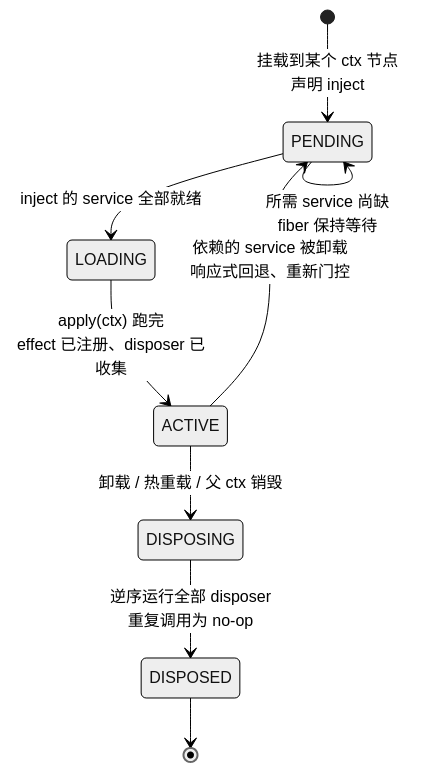
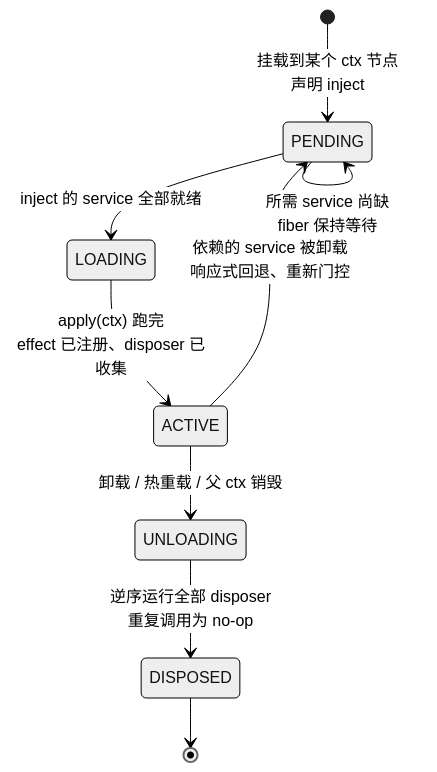
Before and after one commit to xiaonancs/deepseek-harness-deep-dive: the third of 5 diagrams in Part I Principles and Usage/02-一切皆插件与Cordis.md, drawn with Mermaid. The commit also changed other lines of this file and 34 other files, not shown here.

````diff
--- a/Part I Principles and Usage/02-一切皆插件与Cordis.md
+++ b/Part I Principles and Usage/02-一切皆插件与Cordis.md
@@ -113,12 +113,12 @@
 ```mermaid
 %%{init: {'theme':'neutral'}}%%
 stateDiagram-v2
   [*] --> PENDING: 挂载到某个 ctx 节点<br/>声明 inject
   PENDING --> PENDING: 所需 service 尚缺<br/>fiber 保持等待
   PENDING --> LOADING: inject 的 service 全部就绪
   LOADING --> ACTIVE: apply(ctx) 跑完<br/>effect 已注册、disposer 已收集
   ACTIVE --> PENDING: 依赖的 service 被卸载<br/>响应式回退、重新门控
-  ACTIVE --> DISPOSING: 卸载 / 热重载 / 父 ctx 销毁
-  DISPOSING --> DISPOSED: 逆序运行全部 disposer<br/>重复调用为 no-op
+  ACTIVE --> UNLOADING: 卸载 / 热重载 / 父 ctx 销毁
+  UNLOADING --> DISPOSED: 逆序运行全部 disposer<br/>重复调用为 no-op
   DISPOSED --> [*]
 ```
````
